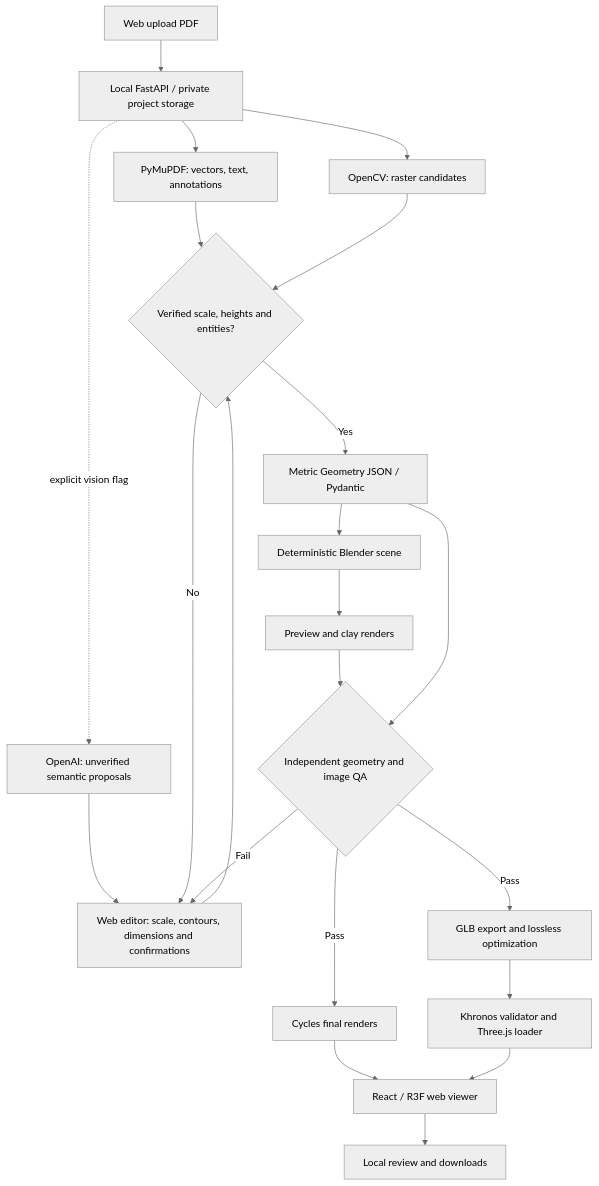
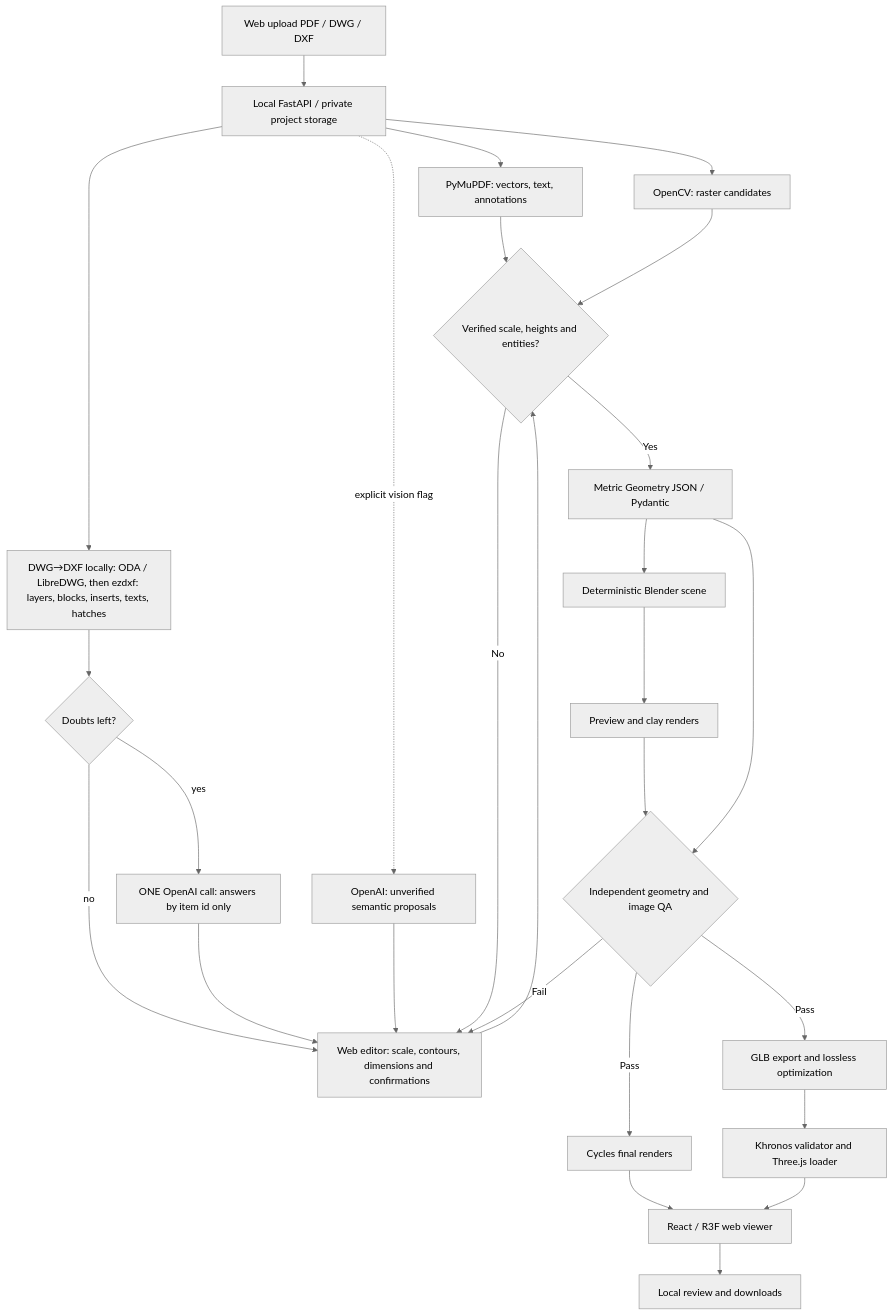
Before and after one commit to GonzaloBarcelo/architectural-ai-visualizer: the diagram in docs/ARCHITECTURE.md, drawn with Mermaid (neutral theme). The commit also changed other lines of this file and 3 other files, not shown here.

````diff
--- a/docs/ARCHITECTURE.md
+++ b/docs/ARCHITECTURE.md
@@ -3,24 +3,29 @@
 ```mermaid
 flowchart TD
-    U[Web upload PDF] --> A[Local FastAPI / private project storage]
+    U[Web upload PDF / DWG / DXF] --> A[Local FastAPI / private project storage]
     A --> B[PyMuPDF: vectors, text, annotations]
+    A --> K[DWG→DXF locally: ODA / LibreDWG, then ezdxf: layers, blocks, inserts, texts, hatches]
+    K --> KD{Doubts left?}
+    KD -- yes --> KA[ONE OpenAI call: answers by item id only]
+    KD -- no --> R
+    KA --> R
     A --> C[OpenCV: raster candidates]
     A -. explicit vision flag .-> V[OpenAI: unverified semantic proposals]
     B --> D{Verified scale, heights and entities?}
     C --> D
     V --> R[Web editor: scale, contours, dimensions and confirmations]
     D -- No --> R
     R --> D
     D -- Yes --> G[Metric Geometry JSON / Pydantic]
     G --> S[Deterministic Blender scene]
     S --> P[Preview and clay renders]
     P --> Q{Independent geometry and image QA}
     G --> Q
     Q -- Fail --> R
     Q -- Pass --> F[Cycles final renders]
     Q -- Pass --> E[GLB export and lossless optimization]
     E --> L[Khronos validator and Three.js loader]
     F --> W[React / R3F web viewer]
     L --> W
     W --> H[Local review and downloads]
 ```
````
